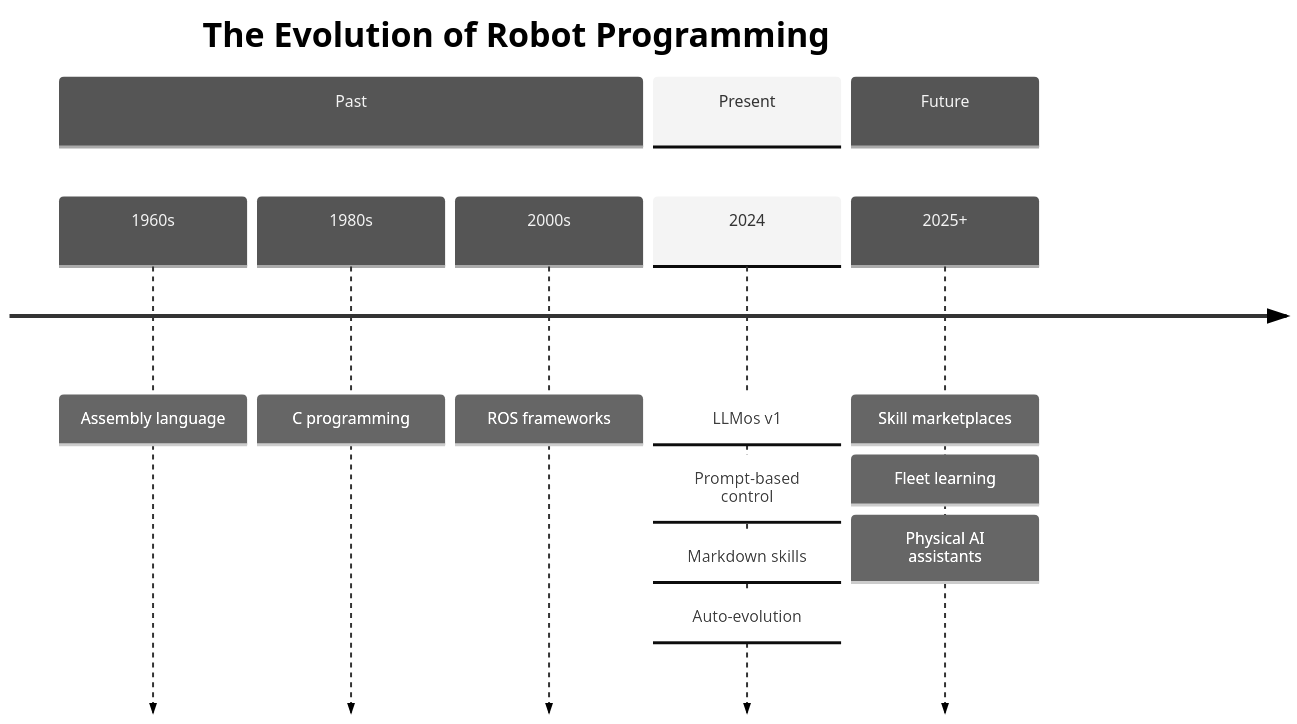
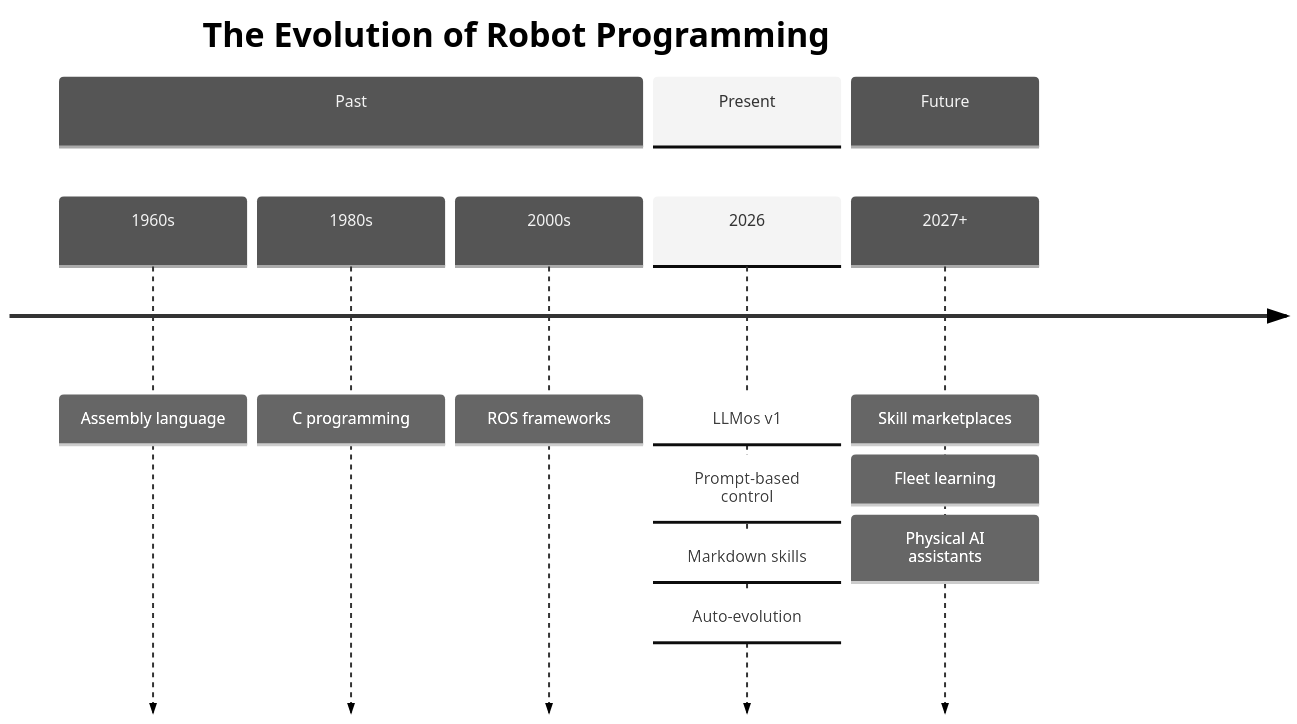
Before and after one commit to EvolvingAgentsLabs/llmos: the tenth of 10 diagrams in articles/AI_PHYSICAL_AGENTS_AND_THE_SMARTPHONE_MOMENT_FOR_ROBOTICS.md, drawn with Mermaid (neutral theme). The commit also changed other lines of this file, not shown here.

First line of the commit message:
fix: Fix mermaid diagram parsing and update dates to 2026

````diff
--- a/articles/AI_PHYSICAL_AGENTS_AND_THE_SMARTPHONE_MOMENT_FOR_ROBOTICS.md
+++ b/articles/AI_PHYSICAL_AGENTS_AND_THE_SMARTPHONE_MOMENT_FOR_ROBOTICS.md
@@ -355,20 +355,20 @@
 ```mermaid
 timeline
     title The Evolution of Robot Programming
 
     section Past
         1960s : Assembly language
         1980s : C programming
         2000s : ROS frameworks
 
     section Present
-        2024 : LLMos v1
+        2026 : LLMos v1
               : Prompt-based control
               : Markdown skills
               : Auto-evolution
 
     section Future
-        2025+ : Skill marketplaces
+        2027+ : Skill marketplaces
               : Fleet learning
               : Physical AI assistants
 ```
````
